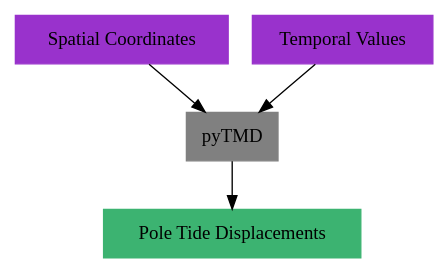
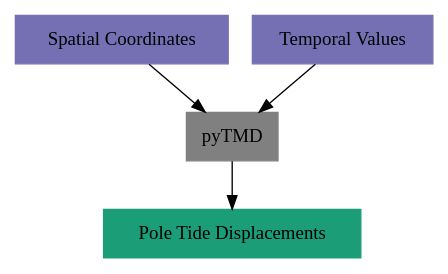
Before and after one commit to tsutterley/pyTMD: the second of 2 diagrams in doc/source/getting_started/Overview.rst, drawn with Graphviz. The commit also changed other lines of this file and 10 other files, not shown here.

```diff
--- a/doc/source/getting_started/Overview.rst
+++ b/doc/source/getting_started/Overview.rst
@@ -38,13 +38,13 @@
 .. graphviz::
     :caption: Pole Tide Framework
     :align: center
 
     digraph {
-        S [label="Spatial Coordinates" shape=box style="filled" color="darkorchid"]
-        E [label="Temporal Values" shape=box style="filled" color="darkorchid"]
+        S [label="Spatial Coordinates" shape=box style="filled" color="#7570b3"]
+        E [label="Temporal Values" shape=box style="filled" color="#7570b3"]
         T [label="pyTMD" shape=box style="filled" color="gray"]
-        P [label="Pole Tide Displacements" shape=box style="filled" color="mediumseagreen"]
+        P [label="Pole Tide Displacements" shape=box style="filled" color="#1b9e77"]
         S -> T
         E -> T
         T -> P
     }
```
